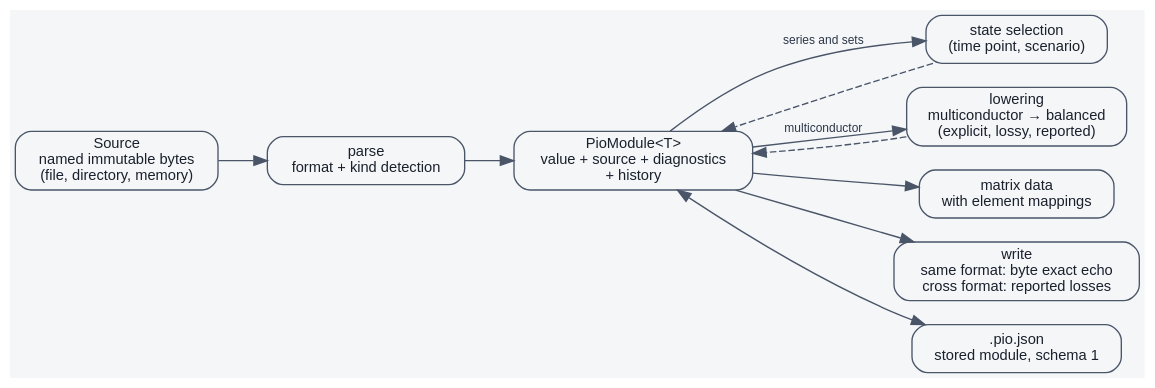
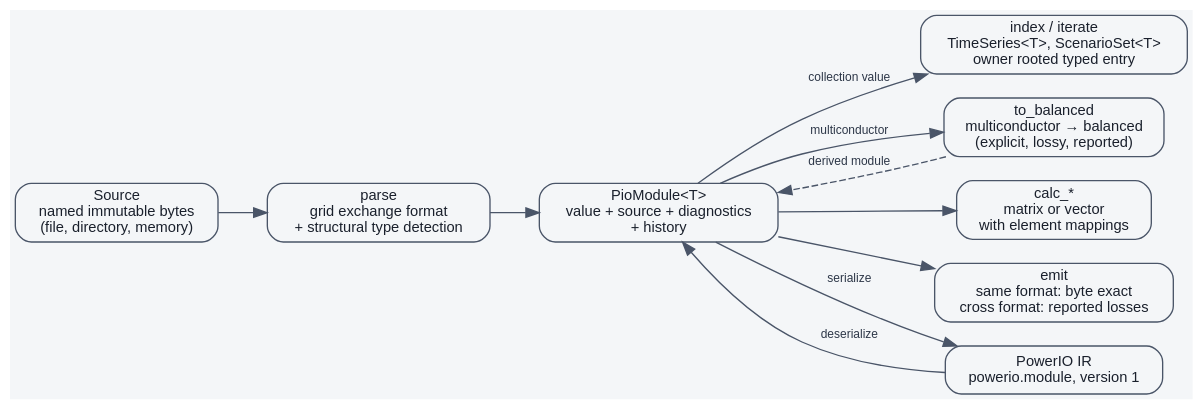
Before and after one commit to eigenergy/powerio: the diagram in docs/diagrams/dataflow.dot, drawn with Graphviz. The commit also changed 382 other files, not shown here.

```diff
--- a/docs/diagrams/dataflow.dot
+++ b/docs/diagrams/dataflow.dot
@@ -1,30 +1,30 @@
-// The parse-to-write data flow: acquisition, parse, the typed module, the
-// explicit transformations, and writing. Nodes here are operations and data,
+// The parse-to-emit data flow: acquisition, parse, the typed module, explicit
+// transformations, calculations, emission, and PowerIO IR. Nodes are operations and data,
 // not crates, so the checker validates only its syntax and generation.
 digraph powerio_dataflow {
     rankdir = LR;
     bgcolor = "#f4f6f8";
     node [shape = box, style = "rounded,filled", fillcolor = "#f4f6f8",
           color = "#4a5568", fontname = "Helvetica", fontsize = 11,
           fontcolor = "#1a202c"];
     edge [color = "#4a5568", fontname = "Helvetica", fontsize = 9,
           fontcolor = "#2d3748"];
 
     source [label = "Source\nnamed immutable bytes\n(file, directory, memory)"];
-    parse [label = "parse\nformat + kind detection"];
+    parse [label = "parse\ngrid exchange format\n+ structural type detection"];
     module [label = "PioModule<T>\nvalue + source + diagnostics\n+ history"];
-    select [label = "state selection\n(time point, scenario)"];
-    lower [label = "lowering\nmulticonductor → balanced\n(explicit, lossy, reported)"];
-    matrices [label = "matrix data\nwith element mappings"];
-    write [label = "write\nsame format: byte exact echo\ncross format: reported losses"];
-    stored [label = ".pio.json\nstored module, schema 1"];
+    access [label = "index / iterate\nTimeSeries<T>, ScenarioSet<T>\nowner rooted typed entry"];
+    transform [label = "to_balanced\nmulticonductor → balanced\n(explicit, lossy, reported)"];
+    matrices [label = "calc_*\nmatrix or vector\nwith element mappings"];
+    emit [label = "emit\nsame format: byte exact\ncross format: reported losses"];
+    stored [label = "PowerIO IR\npowerio.module, version 1"];
 
     source -> parse -> module;
-    module -> select [label = "series and sets"];
-    select -> module [style = dashed];
-    module -> lower [label = "multiconductor"];
-    lower -> module [style = dashed];
+    module -> access [label = "collection value"];
+    module -> transform [label = "multiconductor"];
+    transform -> module [style = dashed, label = "derived module"];
     module -> matrices;
-    module -> write;
-    module -> stored [dir = both];
+    module -> emit;
+    module -> stored [label = "serialize"];
+    stored -> module [label = "deserialize"];
 }
```
